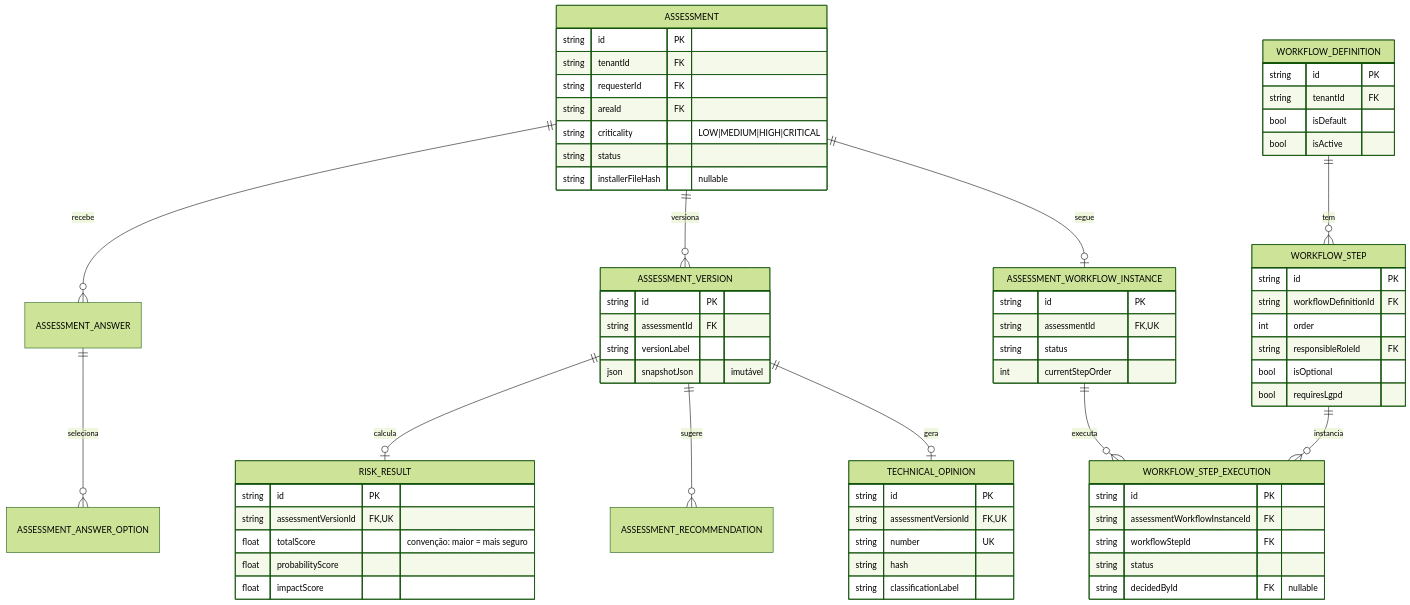
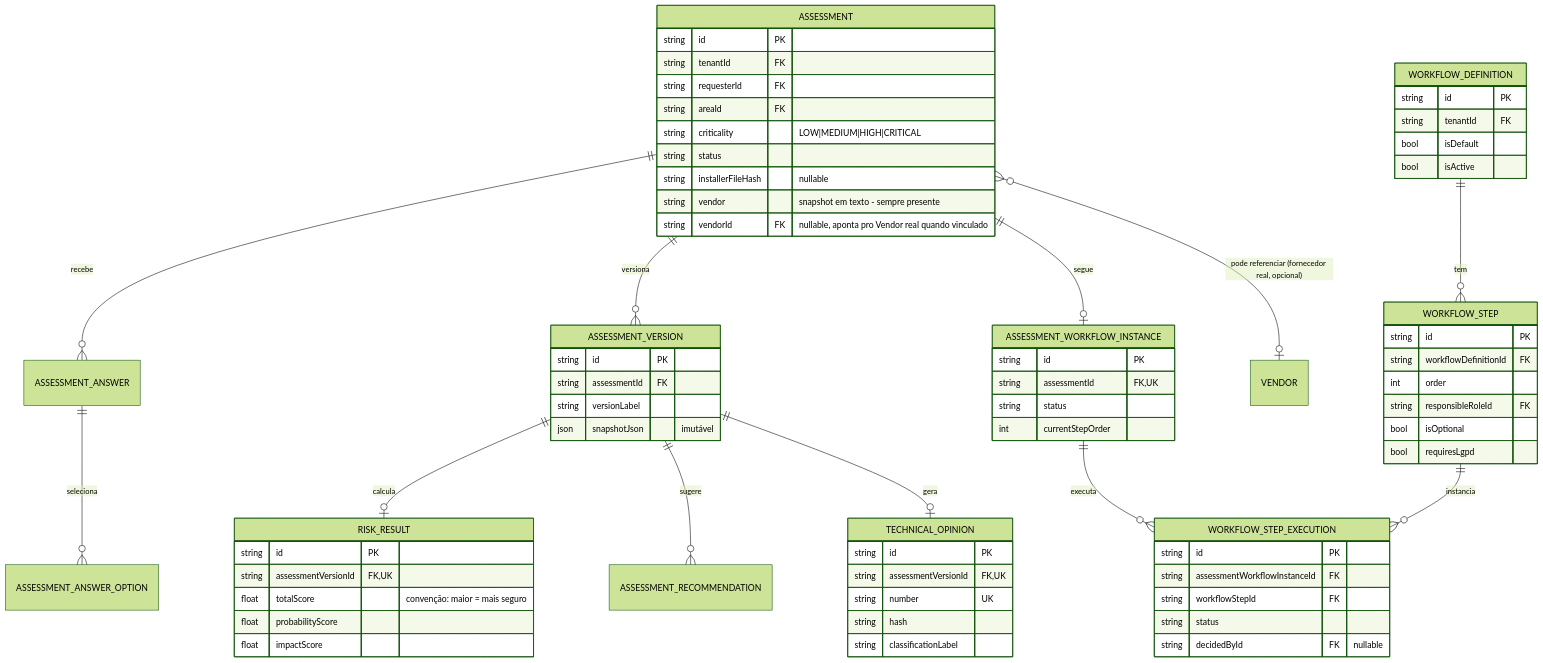
Before and after one commit to domcabral9/morpheus-beta: the fourth of 7 diagrams in docs/architecture.md, drawn with Mermaid (forest theme). The commit also changed other lines of this file and 24 other files, not shown here.

First line of the commit message:
docs(portfolio): audita e corrige README/architecture.md pós-fornecedores (#92)

````diff
--- a/docs/architecture.md
+++ b/docs/architecture.md
@@ -167,70 +167,73 @@
 ```mermaid
 erDiagram
     ASSESSMENT ||--o{ ASSESSMENT_ANSWER : recebe
     ASSESSMENT_ANSWER ||--o{ ASSESSMENT_ANSWER_OPTION : seleciona
     ASSESSMENT ||--o{ ASSESSMENT_VERSION : versiona
     ASSESSMENT_VERSION ||--o| RISK_RESULT : calcula
     ASSESSMENT_VERSION ||--o{ ASSESSMENT_RECOMMENDATION : sugere
     ASSESSMENT_VERSION ||--o| TECHNICAL_OPINION : gera
     ASSESSMENT ||--o| ASSESSMENT_WORKFLOW_INSTANCE : segue
     WORKFLOW_DEFINITION ||--o{ WORKFLOW_STEP : tem
     ASSESSMENT_WORKFLOW_INSTANCE ||--o{ WORKFLOW_STEP_EXECUTION : executa
     WORKFLOW_STEP ||--o{ WORKFLOW_STEP_EXECUTION : instancia
+    ASSESSMENT }o--o| VENDOR : "pode referenciar (fornecedor real, opcional)"
 
     ASSESSMENT {
         string id PK
         string tenantId FK
         string requesterId FK
         string areaId FK
         string criticality "LOW|MEDIUM|HIGH|CRITICAL"
         string status
         string installerFileHash "nullable"
+        string vendor "snapshot em texto - sempre presente"
+        string vendorId FK "nullable, aponta pro Vendor real quando vinculado"
     }
     ASSESSMENT_VERSION {
         string id PK
         string assessmentId FK
         string versionLabel
         json snapshotJson "imutável"
     }
     RISK_RESULT {
         string id PK
         string assessmentVersionId FK,UK
         float totalScore "convenção: maior = mais seguro"
         float probabilityScore
         float impactScore
     }
     WORKFLOW_DEFINITION {
         string id PK
         string tenantId FK
         bool isDefault
         bool isActive
     }
     WORKFLOW_STEP {
         string id PK
         string workflowDefinitionId FK
         int order
         string responsibleRoleId FK
         bool isOptional
         bool requiresLgpd
     }
     ASSESSMENT_WORKFLOW_INSTANCE {
         string id PK
         string assessmentId FK,UK
         string status
         int currentStepOrder
     }
     WORKFLOW_STEP_EXECUTION {
         string id PK
         string assessmentWorkflowInstanceId FK
         string workflowStepId FK
         string status
         string decidedById FK "nullable"
     }
     TECHNICAL_OPINION {
         string id PK
         string assessmentVersionId FK,UK
         string number UK
         string hash
         string classificationLabel
     }
 ```
````
